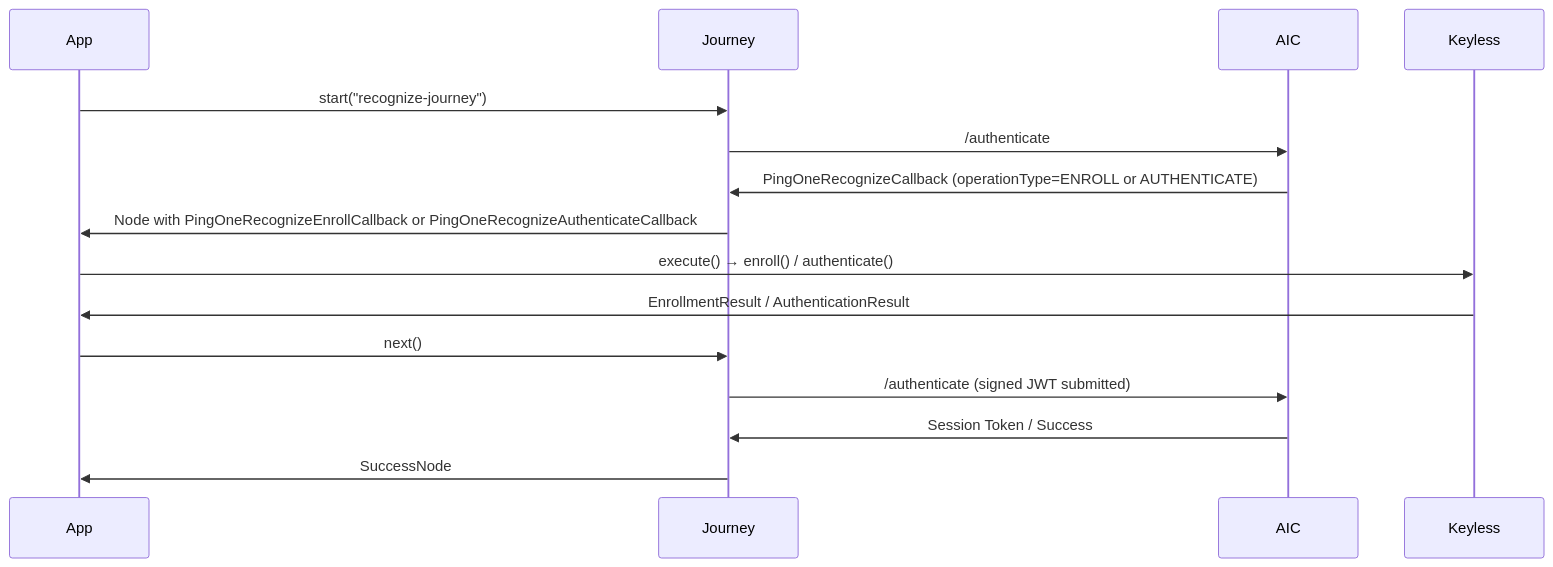
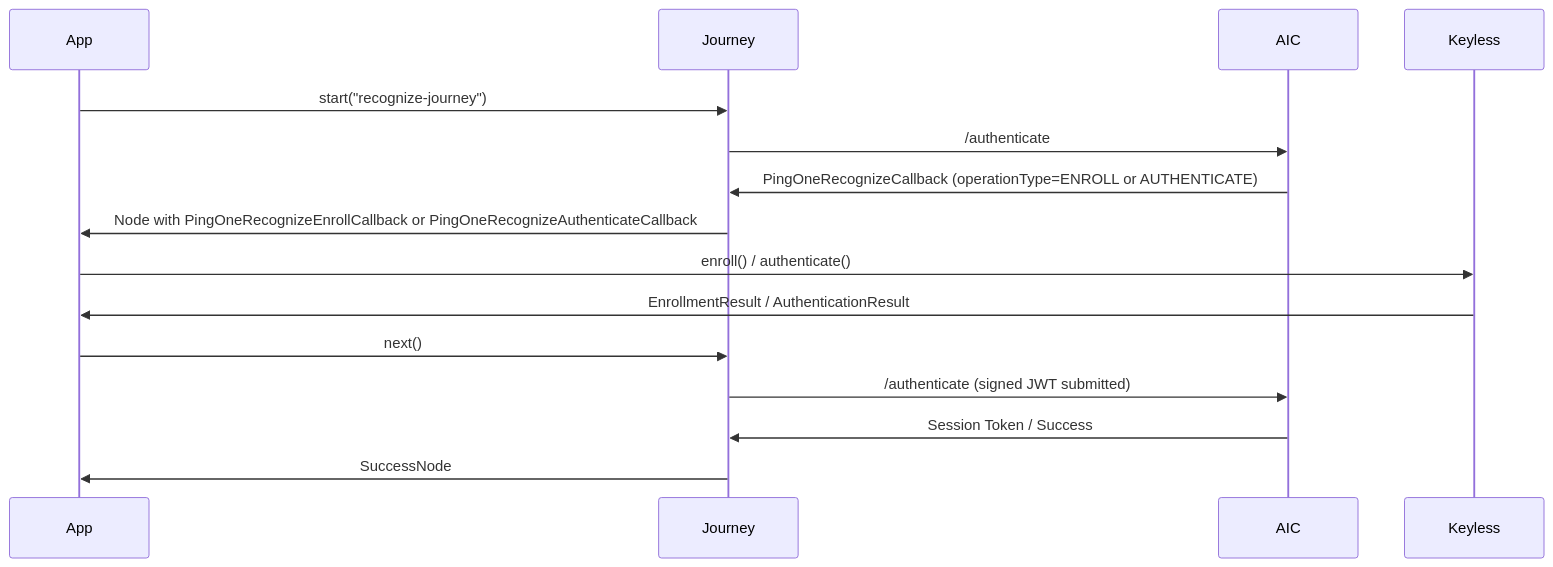
The diagram in Recognize/README.md (gabrielocci/ping-ios-sdk), drawn with Mermaid before and after one commit. The commit also changed other lines of this file and 8 other files, not shown here.

````diff
--- a/Recognize/README.md
+++ b/Recognize/README.md
@@ -62,18 +62,18 @@
 ```mermaid
 sequenceDiagram
     participant App
     participant Journey
     participant AIC
     participant Keyless
 
     App ->> Journey: start("recognize-journey")
     Journey ->> AIC: /authenticate
     AIC ->> Journey: PingOneRecognizeCallback (operationType=ENROLL or AUTHENTICATE)
     Journey ->> App: Node with PingOneRecognizeEnrollCallback or PingOneRecognizeAuthenticateCallback
-    App ->> Keyless: execute() → enroll() / authenticate()
+    App ->> Keyless: enroll() / authenticate()
     Keyless ->> App: EnrollmentResult / AuthenticationResult
     App ->> Journey: next()
     Journey ->> AIC: /authenticate (signed JWT submitted)
     AIC ->> Journey: Session Token / Success
     Journey ->> App: SuccessNode
 ```
````
